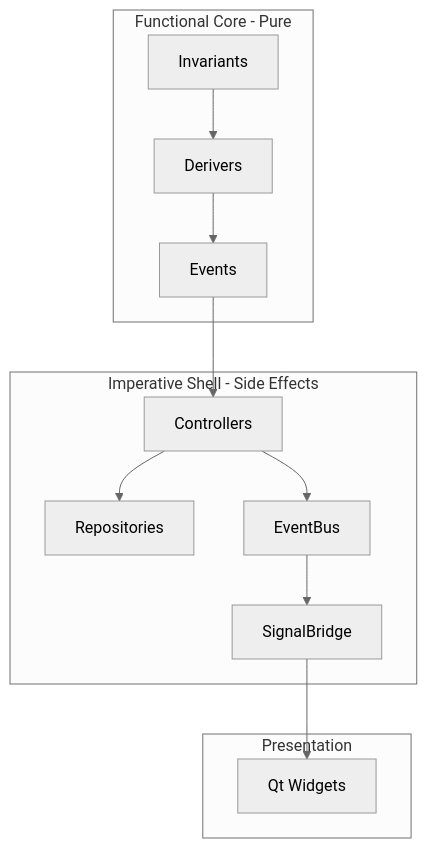
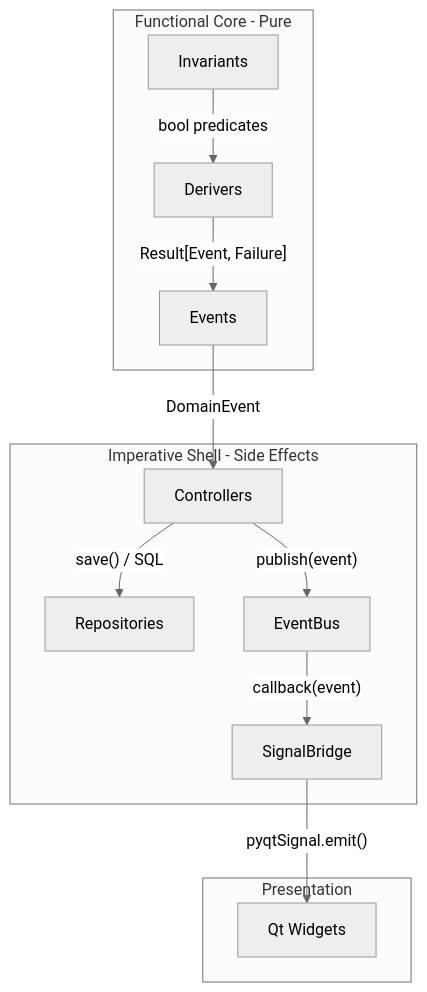
One commit to scope-impact/QualCoder-v2 changed the fifth of 7 diagrams in backlog/docs/doc-002 architecture.md. Above: the diagram before and after it, drawn with Mermaid (neutral theme). The commit also changed other lines of this file and 1 other file, not shown here.

First line of the commit message:
docs(architecture): add protocol labels to C4 diagrams

````diff
--- a/backlog/docs/doc-002 architecture.md
+++ b/backlog/docs/doc-002 architecture.md
@@ -153,27 +153,27 @@
 ```mermaid
 graph TB
     subgraph Functional Core - Pure
         INV[Invariants]
         DER[Derivers]
         EVT[Events]
     end
 
     subgraph Imperative Shell - Side Effects
         CTRL[Controllers]
         REPO[Repositories]
         BUS[EventBus]
         SB[SignalBridge]
     end
 
     subgraph Presentation
         QT[Qt Widgets]
     end
 
-    INV --> DER
-    DER --> EVT
-    EVT --> CTRL
-    CTRL --> REPO
-    CTRL --> BUS
-    BUS --> SB
-    SB --> QT
+    INV -- "bool predicates" --> DER
+    DER -- "Result[Event, Failure]" --> EVT
+    EVT -- "DomainEvent" --> CTRL
+    CTRL -- "save() / SQL" --> REPO
+    CTRL -- "publish(event)" --> BUS
+    BUS -- "callback(event)" --> SB
+    SB -- "pyqtSignal.emit()" --> QT
 ```
````
